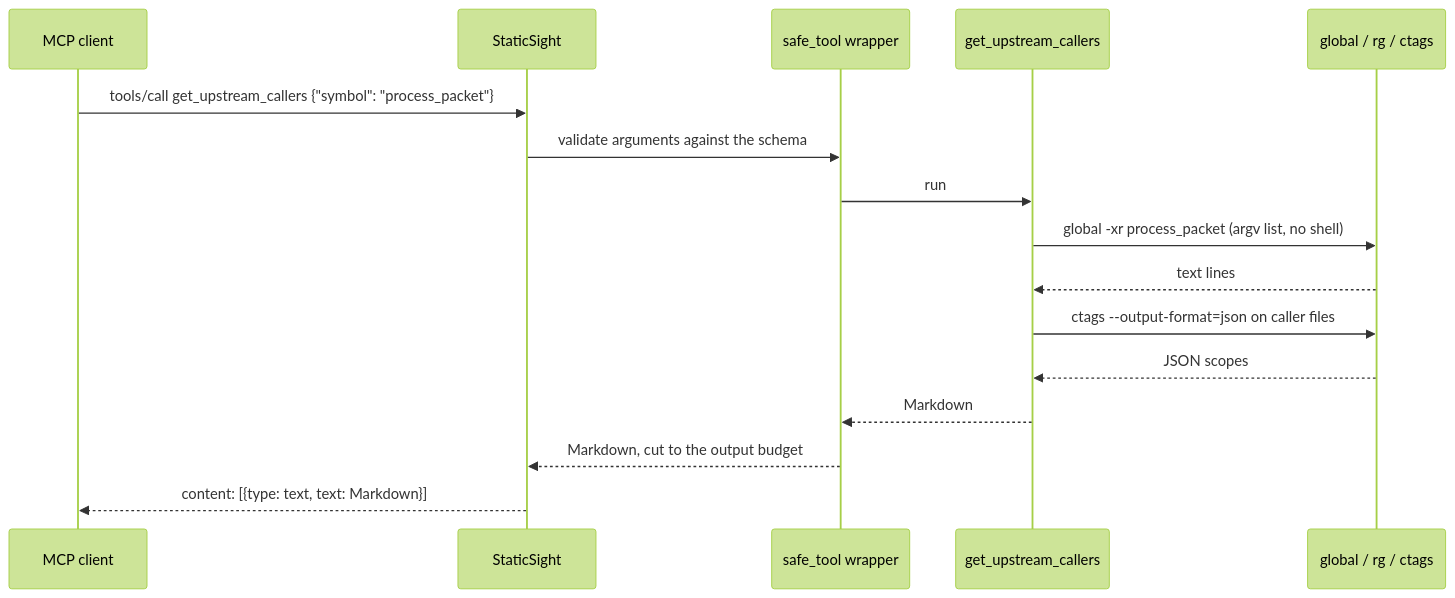
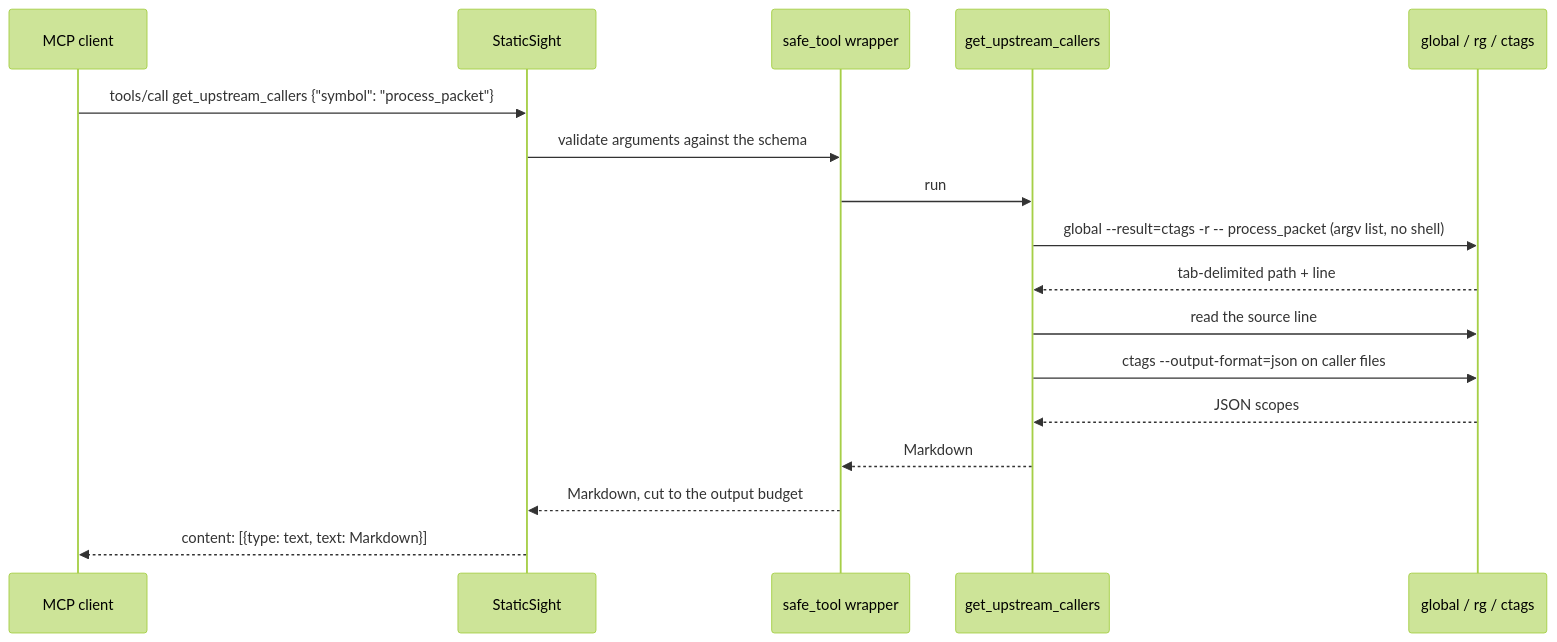
Before and after one commit to rashmirrout/StaticSight: the third of 5 diagrams in docs/mcp-guide.md, drawn with Mermaid (forest theme). The commit also changed other lines of this file and 174 other files, not shown here.

Commit message:
Expand code intelligence tools and improve cross-platform reliability 	- Add graph analysis, change planning, and finding verification tools       	- Add embedding model selection and improve Windows path and IPv6 handling 	- Expand documentation, fixtures, and Python/TypeScript parity coverage

````diff
--- a/docs/mcp-guide.md
+++ b/docs/mcp-guide.md
@@ -119,18 +119,19 @@
 ```mermaid
 sequenceDiagram
     participant C as MCP client
     participant S as StaticSight
     participant W as safe_tool wrapper
     participant T as get_upstream_callers
     participant E as global / rg / ctags
     C->>S: tools/call get_upstream_callers {"symbol": "process_packet"}
     S->>W: validate arguments against the schema
     W->>T: run
-    T->>E: global -xr process_packet (argv list, no shell)
-    E-->>T: text lines
+    T->>E: global --result=ctags -r -- process_packet (argv list, no shell)
+    E-->>T: tab-delimited path + line
+    T->>E: read the source line
     T->>E: ctags --output-format=json on caller files
     E-->>T: JSON scopes
     T-->>W: Markdown
     W-->>S: Markdown, cut to the output budget
     S-->>C: content: [{type: text, text: Markdown}]
 ```
````
